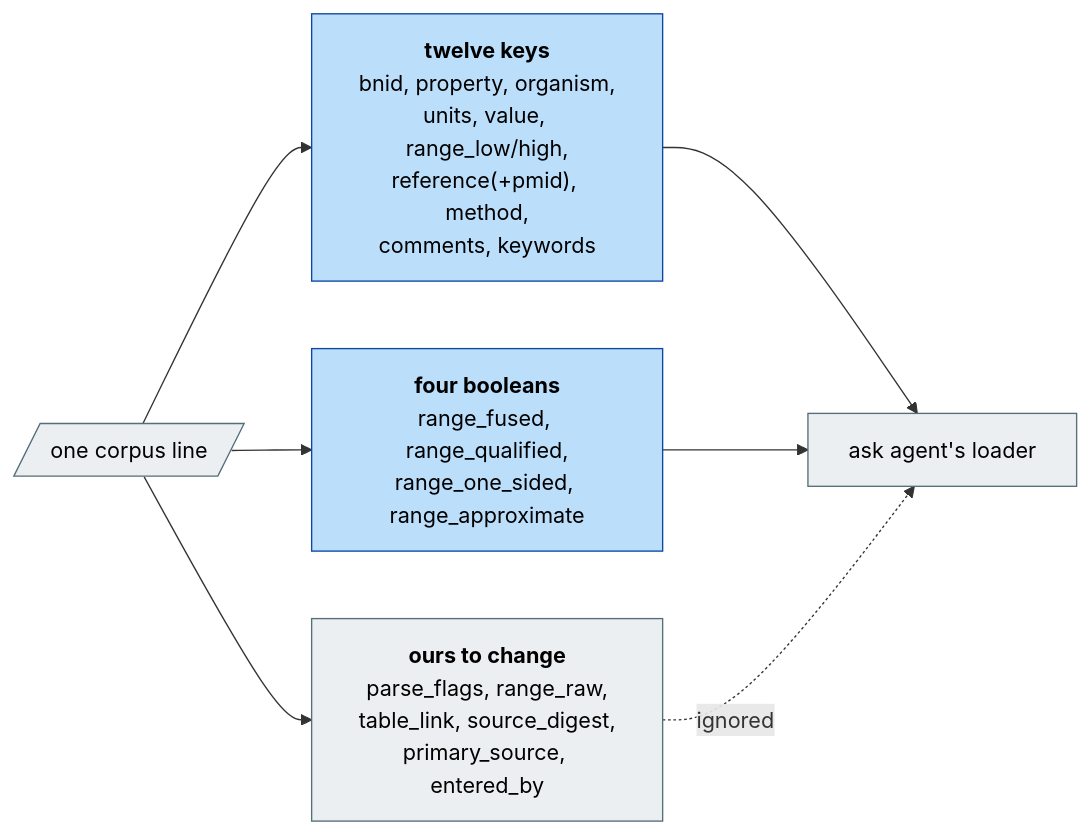
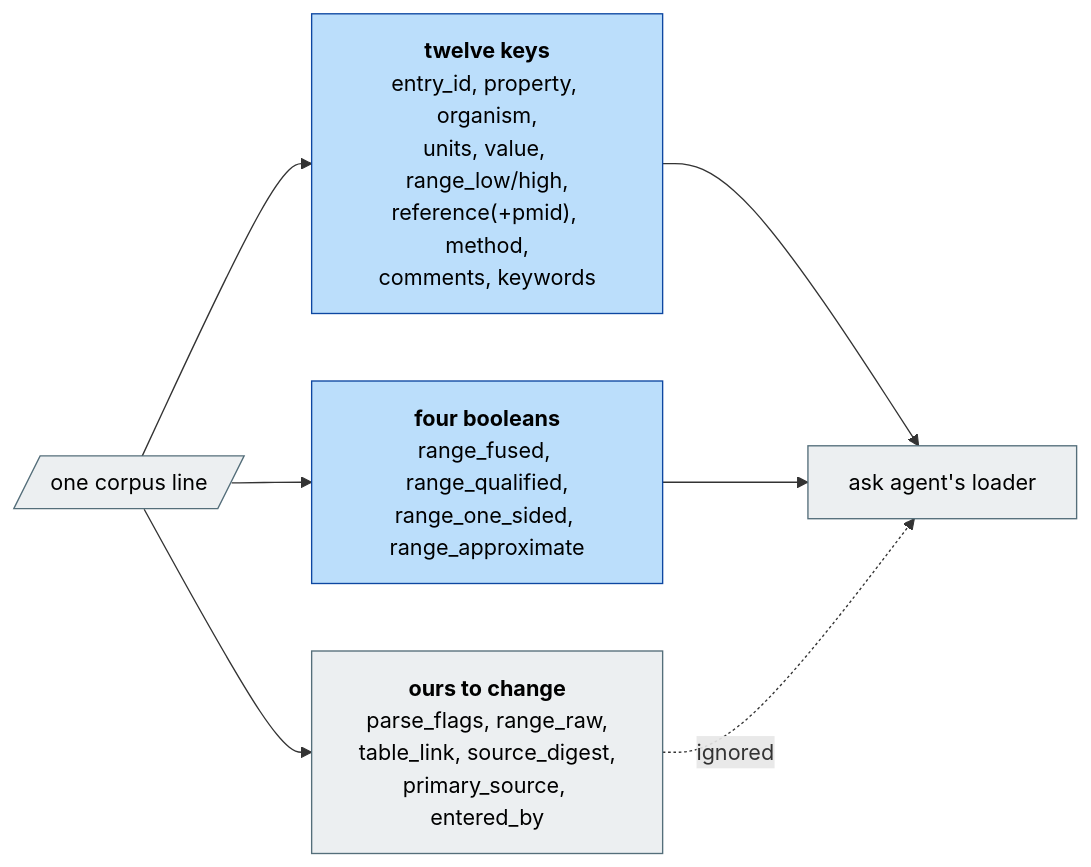
The fifth of 5 diagrams in docs/diagrams/architecture.md (DukeOfErl/Numera), drawn with Mermaid before and after one commit. The commit also changed 8 other files, not shown here.

````diff
--- a/docs/diagrams/architecture.md
+++ b/docs/diagrams/architecture.md
@@ -177,18 +177,18 @@
 ```mermaid
 flowchart LR
     line[/"one corpus line"/]
-    twelve["<b>twelve keys</b><br/>bnid, property, organism,<br/>units, value, range_low/high,<br/>reference(+pmid), method,<br/>comments, keywords"]
+    twelve["<b>twelve keys</b><br/>entry_id, property, organism,<br/>units, value, range_low/high,<br/>reference(+pmid), method,<br/>comments, keywords"]
     predicates["<b>four booleans</b><br/>range_fused, range_qualified,<br/>range_one_sided, range_approximate"]
     internal["<b>ours to change</b><br/>parse_flags, range_raw,<br/>table_link, source_digest,<br/>primary_source, entered_by"]
     loader["ask agent's loader"]
 
     line --> twelve --> loader
     line --> predicates --> loader
     line --> internal -.->|"ignored"| loader
 
     classDef comp fill:#bbdefb,stroke:#0d47a1,color:#000
     classDef out fill:#eceff1,stroke:#546e7a,color:#000
     class twelve,predicates comp
     class internal,loader out
     class line out
 ```
````
